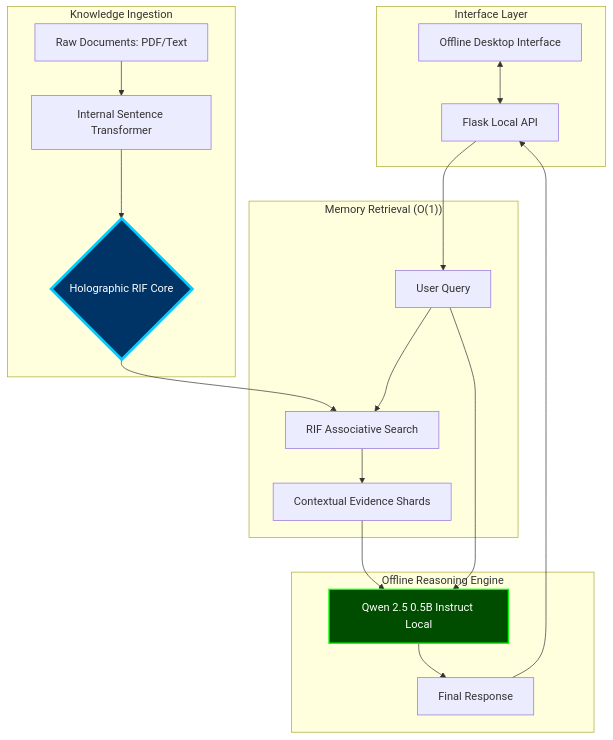
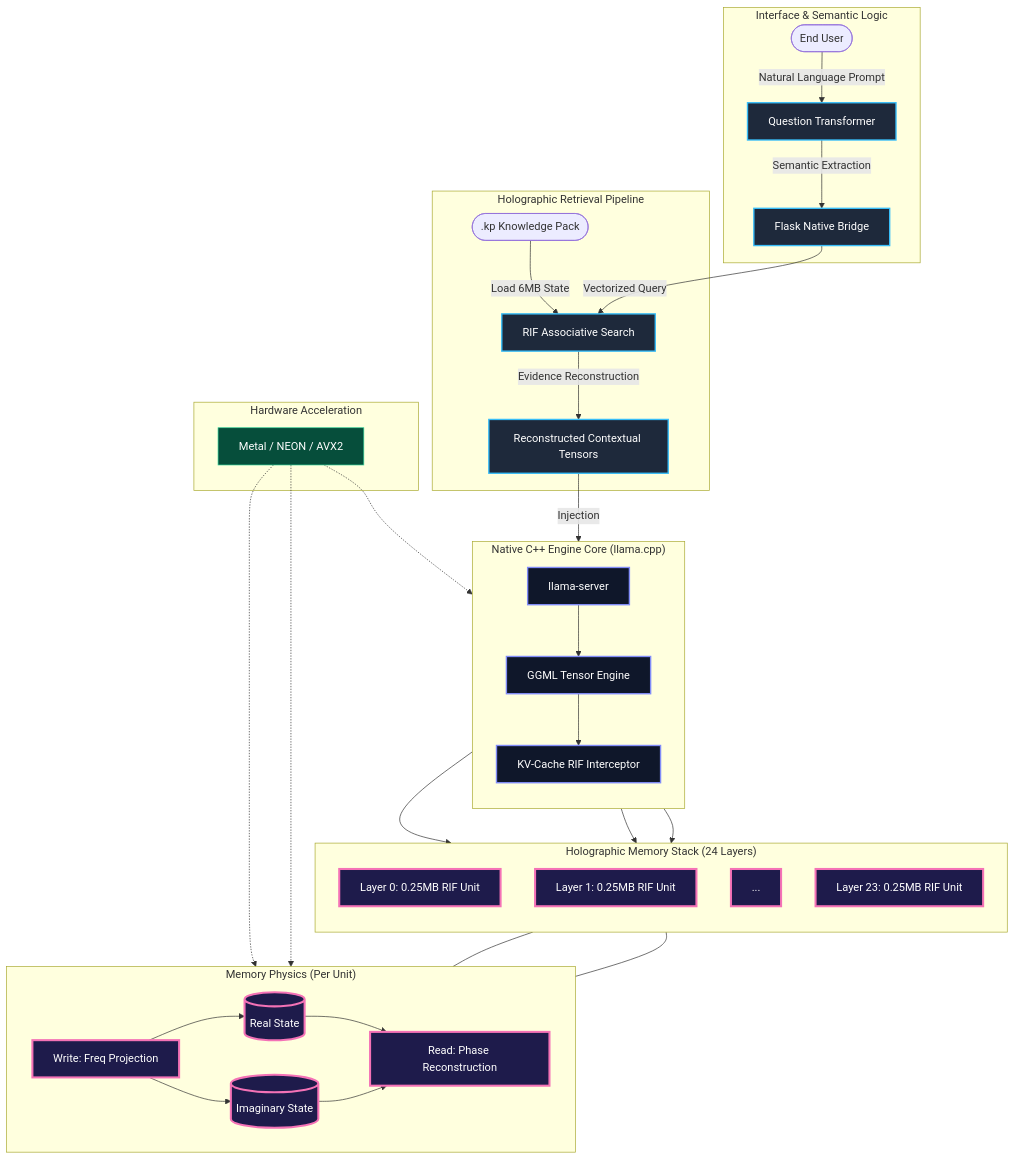
Before and after one commit to maduperera/Kalpana-Desktop: the diagram in README.md, drawn with Mermaid. The commit also changed other lines of this file, not shown here.

Commit message:
🚀 Update: Synchronized high-fidelity C++ native architecture diagram

````diff
--- a/README.md
+++ b/README.md
@@ -14,29 +14,69 @@
 ```mermaid
 graph TD
-    subgraph "Interface Layer"
-        J[Offline Desktop Interface] <--> I[Flask Local API]
+    subgraph "Interface & Semantic Logic"
+        User([End User]) -->|Natural Language Prompt| QT[Question Transformer]
+        QT -->|Semantic Extraction| API[Flask Native Bridge]
     end
 
-    subgraph "Knowledge Ingestion"
-        A[Raw Documents: PDF/Text] --> B[Internal Sentence Transformer]
-        B --> C{Holographic RIF Core}
+    subgraph "Holographic Retrieval Pipeline"
+        API -->|Vectorized Query| RIF_SEARCH[RIF Associative Search]
+        KP_LOAD([.kp Knowledge Pack]) -->|Load 6MB State| RIF_SEARCH
+        RIF_SEARCH -->|Evidence Reconstruction| CONTEXT[Reconstructed Contextual Tensors]
     end
 
-    subgraph "Memory Retrieval (O(1))"
-        D[User Query] --> E[RIF Associative Search]
-        C --> E
-        E --> F[Contextual Evidence Shards]
+    subgraph "Native C++ Engine Core (llama.cpp)"
+        direction TB
+        LS[llama-server]
+        GT[GGML Tensor Engine]
+        KV_HOOK[KV-Cache RIF Interceptor]
+        
+        LS --> GT
+        GT --> KV_HOOK
     end
 
-    subgraph "Offline Reasoning Engine"
-        F --> G[Qwen 2.5 0.5B Instruct Local]
-        D --> G
-        G --> H[Final Response]
+    subgraph "Holographic Memory Stack (24 Layers)"
+        direction TB
+        L0[Layer 0: 0.25MB RIF Unit]
+        L1[Layer 1: 0.25MB RIF Unit]
+        LD[...]
+        L23[Layer 23: 0.25MB RIF Unit]
+        
+        KV_HOOK --> L0
+        KV_HOOK --> L1
+        KV_HOOK --> L23
     end
 
-    I --> D
-    H --> I
+    subgraph "Memory Physics (Per Unit)"
+        direction LR
+        W[Write: Freq Projection]
+        SRE[(Real State)]
+        SIM[(Imaginary State)]
+        R[Read: Phase Reconstruction]
+        
+        W --> SRE
+        W --> SIM
+        SRE --> R
+        SIM --> R
+    end
 
-    style C fill:#003366,stroke:#00ccff,stroke-width:4px,color:#fff
-    style G fill:#004d00,stroke:#00ff00,stroke-width:2px,color:#fff
+    subgraph "Hardware Acceleration"
+        HW[Metal / NEON / AVX2]
+    end
+
+    CONTEXT -->|Injection| KV_HOOK
+    L0 --- W
+    L23 --- R
+    HW -.-> GT
+    HW -.-> W
+    HW -.-> R
+
+    classDef logic fill:#1e293b,stroke:#38bdf8,stroke-width:2px,color:#fff;
+    classDef native fill:#0f172a,stroke:#818cf8,stroke-width:2px,color:#fff;
+    classDef rif fill:#1e1b4b,stroke:#f472b6,stroke-width:3px,color:#fff;
+    classDef hw fill:#064e3b,stroke:#34d399,stroke-width:1px,color:#fff;
+
+    class QT,API,RIF_SEARCH,CONTEXT logic;
+    class LS,GT,KV_HOOK native;
+    class L0,L1,LD,L23,W,SRE,SIM,R rif;
+    class HW hw;
 ```
````
